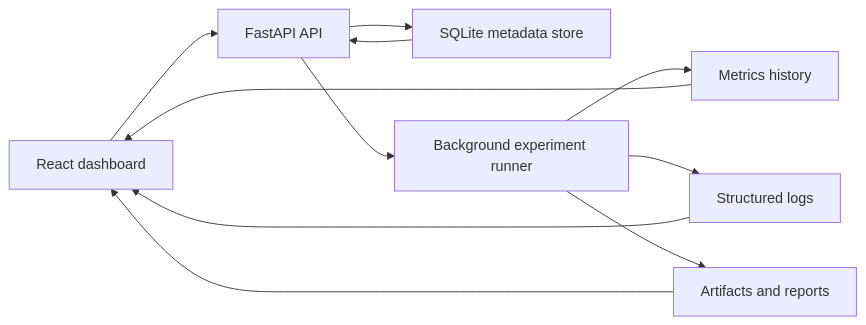
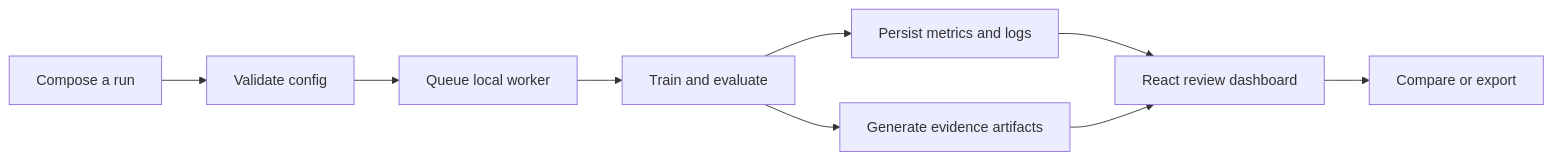
Before and after one commit to Ikteder/ml-experiment-control-center: the first of 2 diagrams in README.md, drawn with Mermaid. The commit also changed other lines of this file and 34 other files, not shown here.

Commit message:
Upgrade experiment evidence and reliability

````diff
--- a/README.md
+++ b/README.md
@@ -55,13 +50,11 @@
 ```mermaid
 flowchart LR
-    A["React dashboard"] --> B["FastAPI API"]
-    B --> C["SQLite metadata store"]
-    B --> D["Background experiment runner"]
-    D --> E["Metrics history"]
-    D --> F["Structured logs"]
-    D --> G["Artifacts and reports"]
-    C --> B
-    E --> A
-    F --> A
-    G --> A
+    A["Compose a run"] --> B["Validate config"]
+    B --> C["Queue local worker"]
+    C --> D["Train and evaluate"]
+    D --> E["Persist metrics and logs"]
+    D --> F["Generate evidence artifacts"]
+    E --> G["React review dashboard"]
+    F --> G
+    G --> H["Compare or export"]
 ```
````
